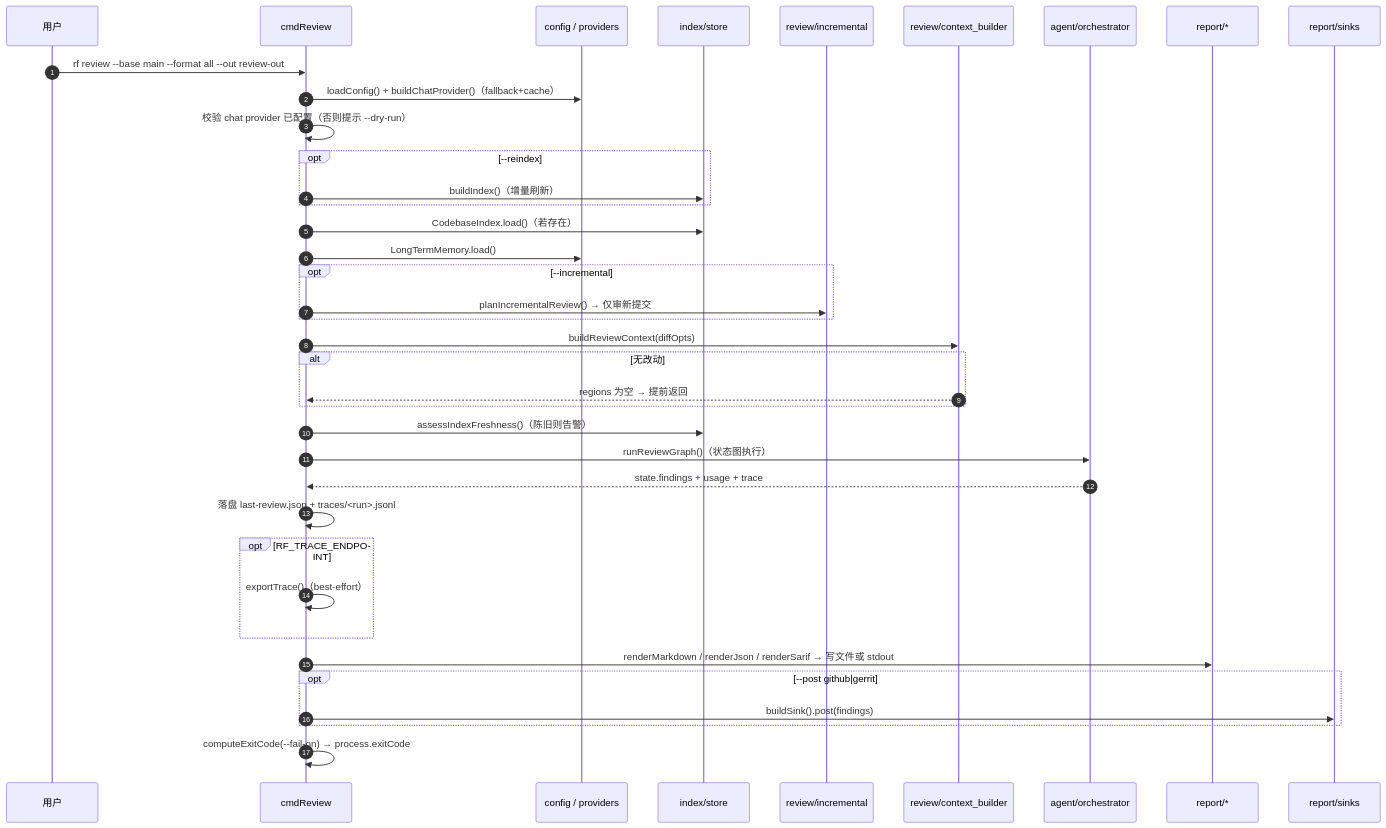
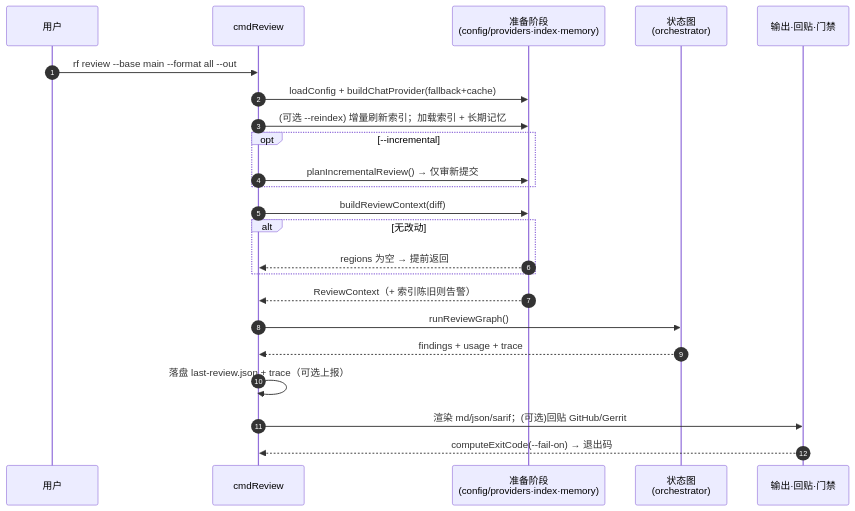
The diagram in book/chapters/02-cli.md (kavinChan13/reviewforge), drawn with Mermaid before and after one commit. The commit also changed 3 other files, not shown here.

Commit message:
docs(book): slim wide sequence diagrams to 5 lanes; fit-to-width rendering

````diff
--- a/book/chapters/02-cli.md
+++ b/book/chapters/02-cli.md
@@ -52,41 +52,26 @@
 ```mermaid
 sequenceDiagram
     autonumber
     participant U as 用户
     participant CLI as cmdReview
-    participant CFG as config / providers
-    participant IDX as index/store
-    participant INC as review/incremental
-    participant CTX as review/context_builder
-    participant G as agent/orchestrator
-    participant OUT as report/*
-    participant SINK as report/sinks
+    participant PRE as 准备阶段<br/>(config/providers·index·memory)
+    participant GRAPH as 状态图<br/>(orchestrator)
+    participant OUT as 输出·回贴·门禁
 
-    U->>CLI: rf review --base main --format all --out review-out
-    CLI->>CFG: loadConfig() + buildChatProvider()（fallback+cache）
-    CLI->>CLI: 校验 chat provider 已配置（否则提示 --dry-run）
-    opt --reindex
-        CLI->>IDX: buildIndex()（增量刷新）
+    U->>CLI: rf review --base main --format all --out
+    CLI->>PRE: loadConfig + buildChatProvider(fallback+cache)
+    CLI->>PRE: (可选 --reindex) 增量刷新索引；加载索引 + 长期记忆
+    opt --incremental
+        CLI->>PRE: planIncrementalReview() → 仅审新提交
     end
-    CLI->>IDX: CodebaseIndex.load()（若存在）
-    CLI->>CFG: LongTermMemory.load()
-    opt --incremental
-        CLI->>INC: planIncrementalReview() → 仅审新提交
+    CLI->>PRE: buildReviewContext(diff)
+    alt 无改动
+        PRE-->>CLI: regions 为空 → 提前返回
     end
-    CLI->>CTX: buildReviewContext(diffOpts)
-    alt 无改动
-        CTX-->>CLI: regions 为空 → 提前返回
-    end
-    CLI->>IDX: assessIndexFreshness()（陈旧则告警）
-    CLI->>G: runReviewGraph()（状态图执行）
-    G-->>CLI: state.findings + usage + trace
-    CLI->>CLI: 落盘 last-review.json + traces/<run>.jsonl
-    opt RF_TRACE_ENDPOINT
-        CLI->>CLI: exportTrace()（best-effort）
-    end
-    CLI->>OUT: renderMarkdown / renderJson / renderSarif → 写文件或 stdout
-    opt --post github|gerrit
-        CLI->>SINK: buildSink().post(findings)
-    end
-    CLI->>CLI: computeExitCode(--fail-on) → process.exitCode
+    PRE-->>CLI: ReviewContext（+ 索引陈旧则告警）
+    CLI->>GRAPH: runReviewGraph()
+    GRAPH-->>CLI: findings + usage + trace
+    CLI->>CLI: 落盘 last-review.json + trace（可选上报）
+    CLI->>OUT: 渲染 md/json/sarif；(可选)回贴 GitHub/Gerrit
+    OUT-->>CLI: computeExitCode(--fail-on) → 退出码
 ```
````
